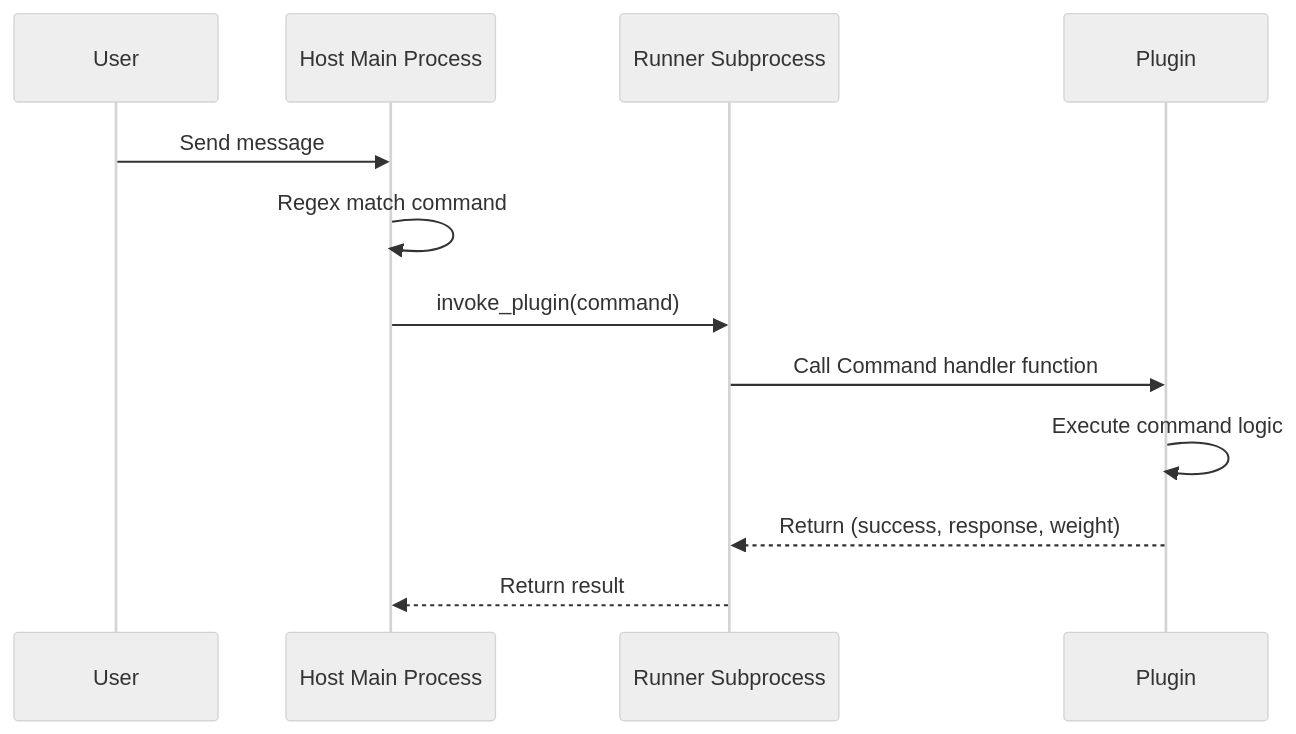
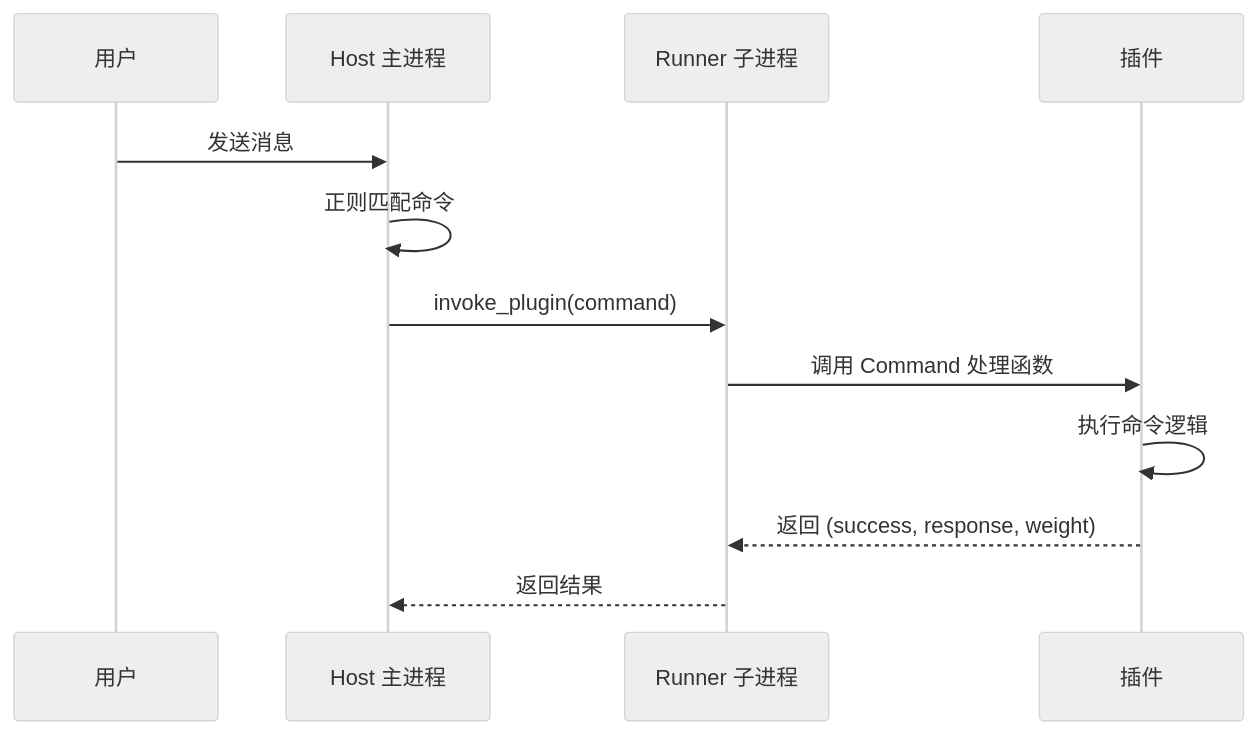
Before and after one commit to DrSmoothl/docs: the diagram in en/develop/plugin-dev/commands.md, drawn with Mermaid (neutral theme). The commit also changed other lines of this file and 50 other files, not shown here.

````diff
--- a/en/develop/plugin-dev/commands.md
+++ b/en/develop/plugin-dev/commands.md
@@ -131,15 +129,15 @@
 ```mermaid
 sequenceDiagram
-    participant User as User
-    participant Host as Host Main Process
-    participant Runner as Runner Subprocess
-    participant Plugin as Plugin
+    participant User as 用户
+    participant Host as Host 主进程
+    participant Runner as Runner 子进程
+    participant Plugin as 插件
 
-    User->>Host: Send message
-    Host->>Host: Regex match command
+    User->>Host: 发送消息
+    Host->>Host: 正则匹配命令
     Host->>Runner: invoke_plugin(command)
-    Runner->>Plugin: Call Command handler function
-    Plugin->>Plugin: Execute command logic
-    Plugin-->>Runner: Return (success, response, weight)
-    Runner-->>Host: Return result
+    Runner->>Plugin: 调用 Command 处理函数
+    Plugin->>Plugin: 执行命令逻辑
+    Plugin-->>Runner: 返回 (success, response, weight)
+    Runner-->>Host: 返回结果
 ```
````
